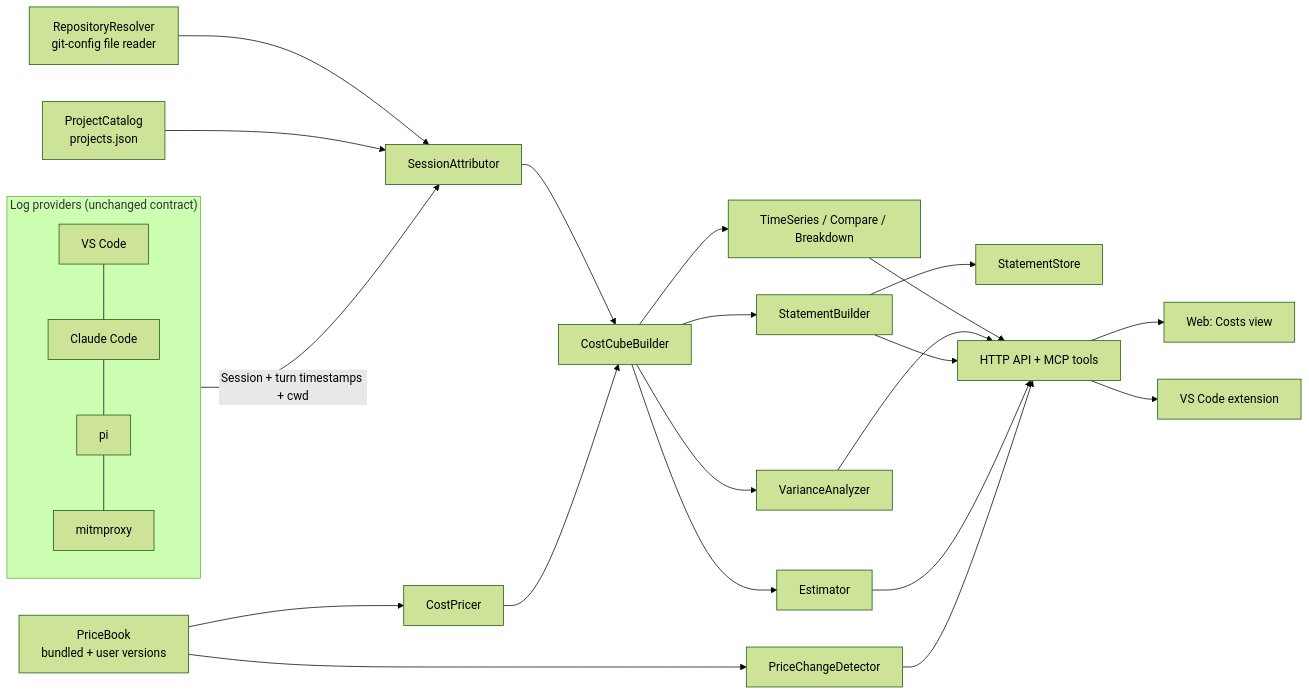
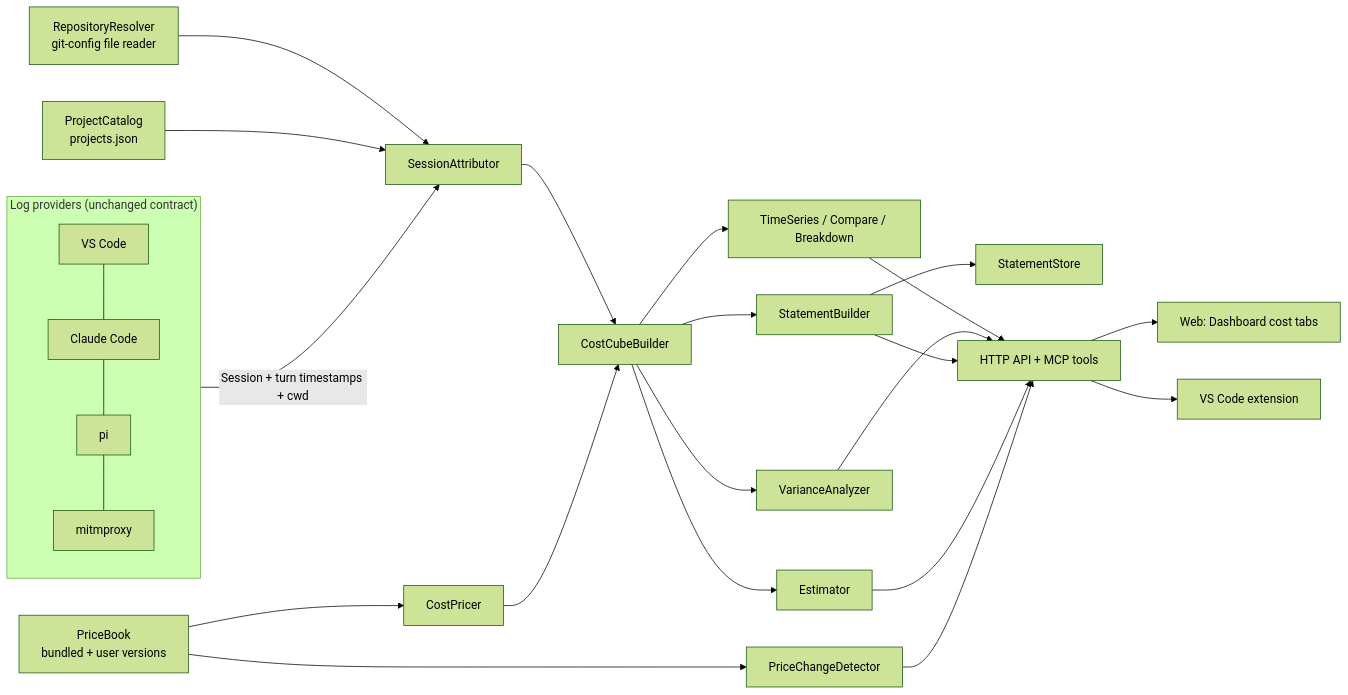
The second of 2 diagrams in docs/plans/cost-by-repository-and-project.md (raulkivi/agent-cost-analyzer), drawn with Mermaid (forest theme) before and after one commit. The commit also changed other lines of this file and 4 other files, not shown here.

````diff
--- a/docs/plans/cost-by-repository-and-project.md
+++ b/docs/plans/cost-by-repository-and-project.md
@@ -438,19 +438,19 @@
 ```mermaid
 flowchart LR
   subgraph Providers["Log providers (unchanged contract)"]
     P1[VS Code] --- P2[Claude Code] --- P3[pi] --- P4[mitmproxy]
   end
   Providers -->|Session + turn timestamps + cwd| Attr[SessionAttributor]
   Resolver[RepositoryResolver<br/>git-config file reader] --> Attr
   Catalog[ProjectCatalog<br/>projects.json] --> Attr
   Attr --> Cube[CostCubeBuilder]
   Book[PriceBook<br/>bundled + user versions] --> Pricer[CostPricer]
   Pricer --> Cube
   Cube --> TS[TimeSeries / Compare / Breakdown]
   Cube --> Var[VarianceAnalyzer]
   Cube --> Stmt[StatementBuilder] --> Store[StatementStore]
   Cube --> Est[Estimator]
   Book --> PCD[PriceChangeDetector]
   TS & Var & Stmt & Est & PCD --> API[HTTP API + MCP tools]
-  API --> Web[Web: Costs view] & Ext[VS Code extension]
+  API --> Web[Web: Dashboard cost tabs] & Ext[VS Code extension]
 ```
````
